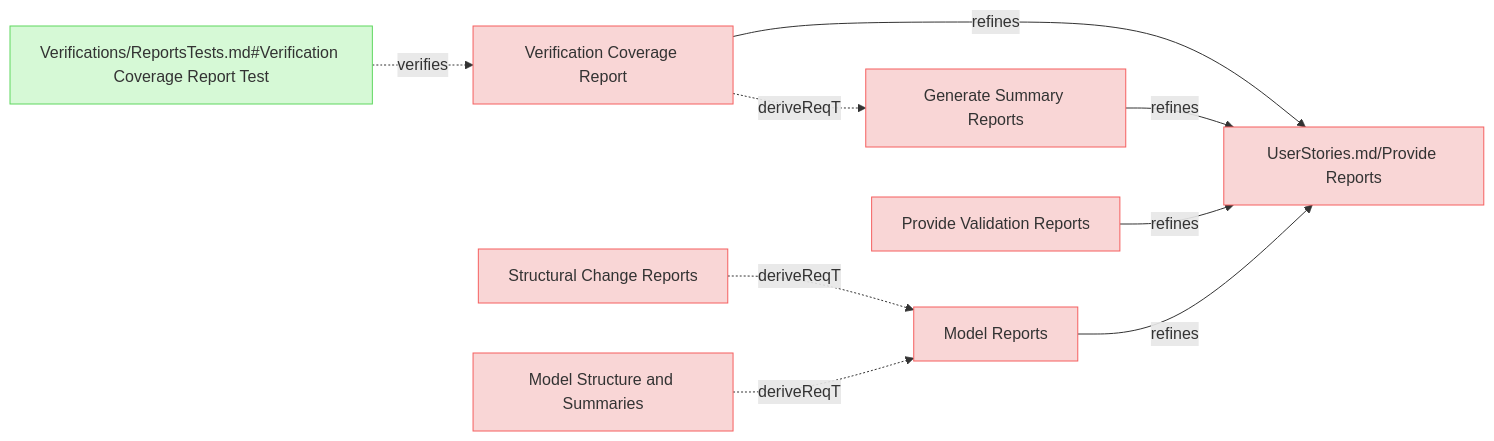
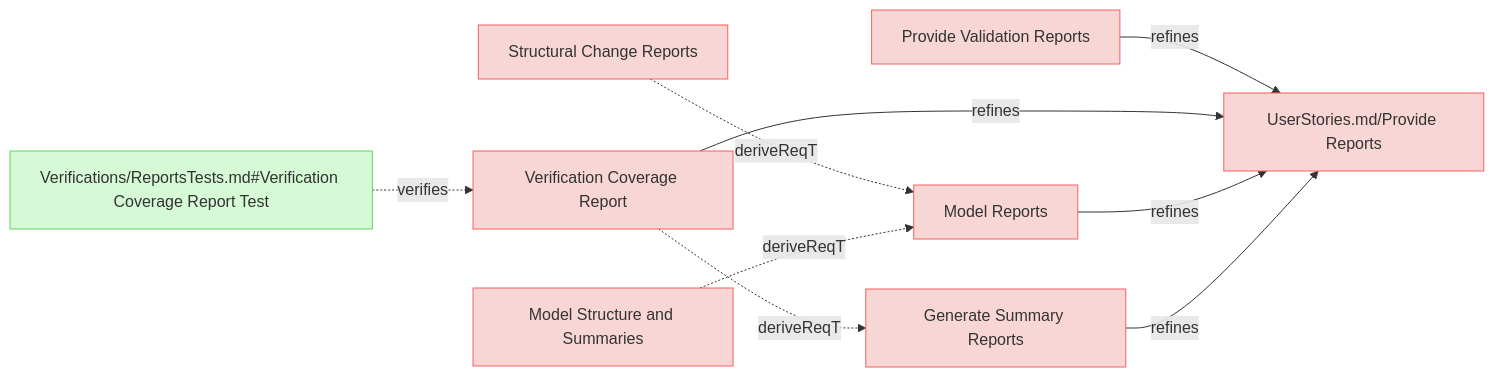
The fifth of 9 diagrams in specifications/UserRequirements.md (reqvire-org/reqvire), drawn with Mermaid before and after one commit. The commit also changed other lines of this file and 14 other files, not shown here.

````diff
--- a/specifications/UserRequirements.md
+++ b/specifications/UserRequirements.md
@@ -322,41 +322,41 @@
 ```mermaid
 graph LR;
   %% Graph styling
   classDef requirement fill:#f9d6d6,stroke:#f55f5f,stroke-width:1px;
   classDef verification fill:#d6f9d6,stroke:#5fd75f,stroke-width:1px;
   classDef externalLink fill:#d0e0ff,stroke:#3080ff,stroke-width:1px;
   classDef default fill:#f5f5f5,stroke:#333333,stroke-width:1px;
 
   1908501a80db5c46["Structural Change Reports"];
   class 1908501a80db5c46 requirement;
   click 1908501a80db5c46 "UserRequirements.md#structural-change-reports";
   70701096d332c0b2["Model Reports"];
   class 70701096d332c0b2 requirement;
   click 70701096d332c0b2 "UserRequirements.md#model-reports";
   1908501a80db5c46 -.->|deriveReqT| 70701096d332c0b2;
+  ed31b6bed1cde2f8["Provide Validation Reports"];
+  class ed31b6bed1cde2f8 requirement;
+  click ed31b6bed1cde2f8 "UserRequirements.md#provide-validation-reports";
+  91a0adb0b4d959c4["UserStories.md/Provide Reports"];
+  class 91a0adb0b4d959c4 requirement;
+  click 91a0adb0b4d959c4 "UserStories.md#provide-reports";
+  ed31b6bed1cde2f8 -->|refines| 91a0adb0b4d959c4;
   f7a606aa79ba438["Verification Coverage Report"];
   class f7a606aa79ba438 requirement;
   click f7a606aa79ba438 "UserRequirements.md#verification-coverage-report";
-  91a0adb0b4d959c4["UserStories.md/Provide Reports"];
-  class 91a0adb0b4d959c4 requirement;
-  click 91a0adb0b4d959c4 "UserStories.md#provide-reports";
   f7a606aa79ba438 -->|refines| 91a0adb0b4d959c4;
   b5c9876f83e7d0ce["Generate Summary Reports"];
   class b5c9876f83e7d0ce requirement;
   click b5c9876f83e7d0ce "UserRequirements.md#generate-summary-reports";
   f7a606aa79ba438 -.->|deriveReqT| b5c9876f83e7d0ce;
   349f5e874cf22d98["Verifications/ReportsTests.md#Verification Coverage Report Test"];
   class 349f5e874cf22d98 verification;
   click 349f5e874cf22d98 "Verifications/ReportsTests.md#verification-coverage-report-test";
   349f5e874cf22d98 -.->|verifies| f7a606aa79ba438;
-  b5c9876f83e7d0ce -->|refines| 91a0adb0b4d959c4;
-  ed31b6bed1cde2f8["Provide Validation Reports"];
-  class ed31b6bed1cde2f8 requirement;
-  click ed31b6bed1cde2f8 "UserRequirements.md#provide-validation-reports";
-  ed31b6bed1cde2f8 -->|refines| 91a0adb0b4d959c4;
   70701096d332c0b2 -->|refines| 91a0adb0b4d959c4;
   ad6f7a2d41d80a38["Model Structure and Summaries"];
   class ad6f7a2d41d80a38 requirement;
   click ad6f7a2d41d80a38 "UserRequirements.md#model-structure-and-summaries";
   ad6f7a2d41d80a38 -.->|deriveReqT| 70701096d332c0b2;
+  b5c9876f83e7d0ce -->|refines| 91a0adb0b4d959c4;
 ```
````
